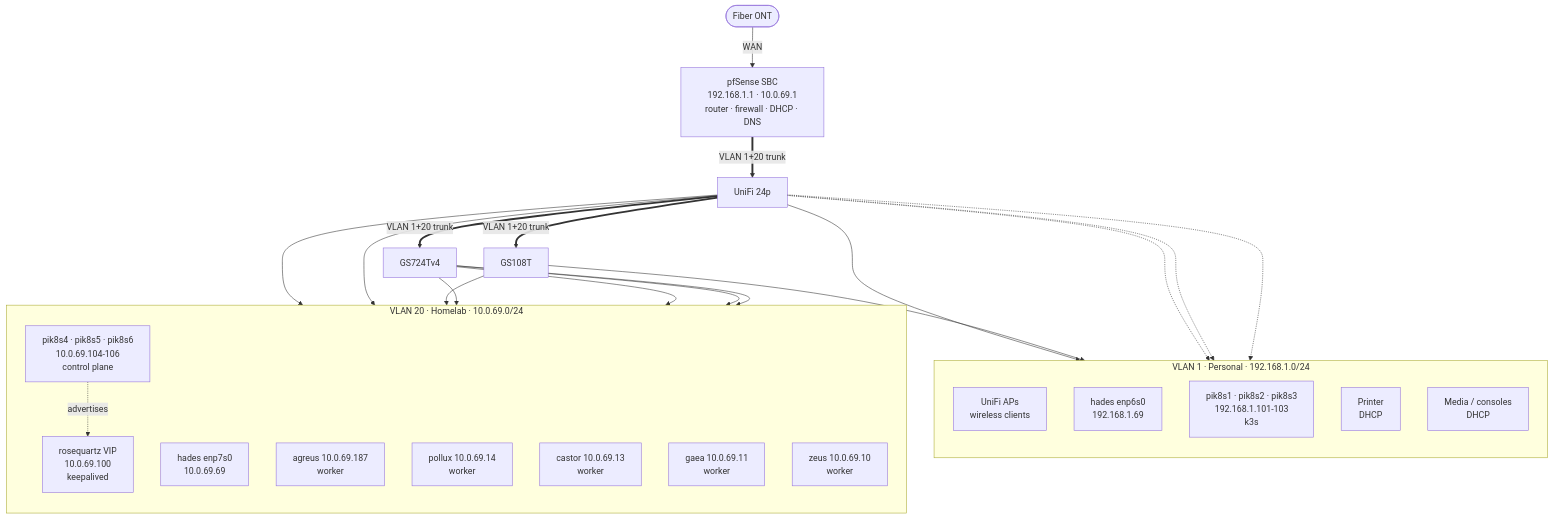
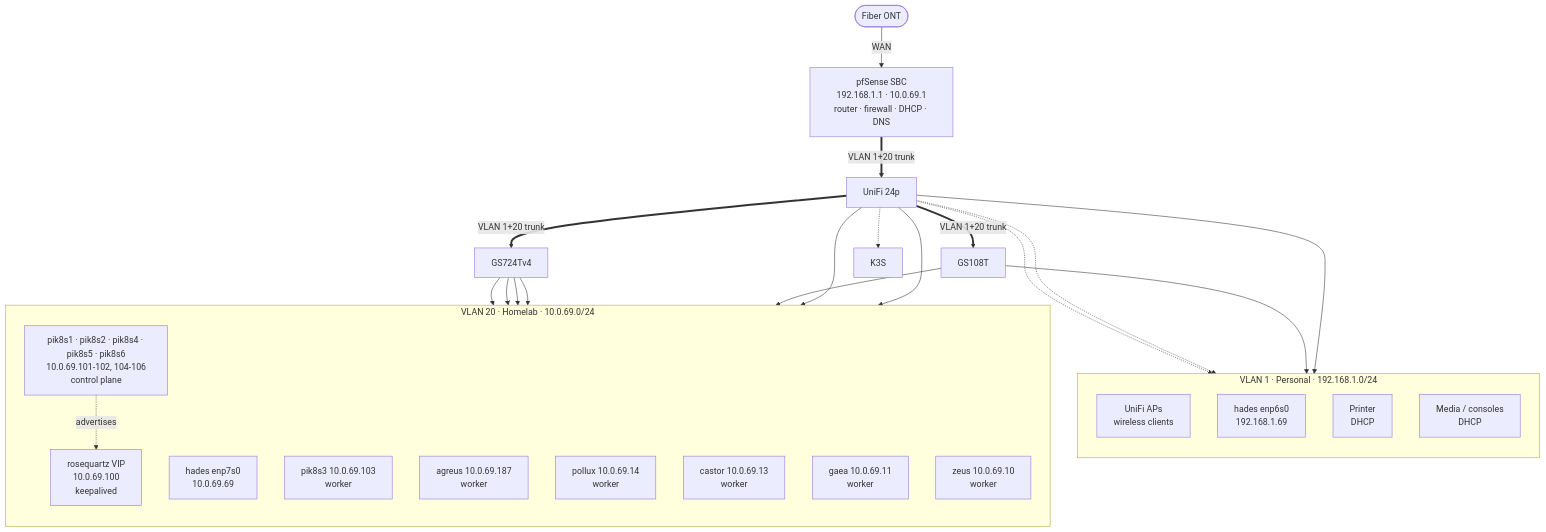
The diagram in NETWORK.md (UnstoppableMango/nixos), drawn with Mermaid before and after one commit. The commit also changed other lines of this file and 6 other files, not shown here.

````diff
--- a/NETWORK.md
+++ b/NETWORK.md
@@ -17,51 +17,51 @@
 ```mermaid
 flowchart TB
   ONT(["Fiber ONT"])
   FW["pfSense SBC<br/>192.168.1.1 · 10.0.69.1<br/>router · firewall · DHCP · DNS"]
 
   ONT -->|WAN| FW
 
   U24["UniFi 24p"]
   GS108["GS108T"]
   GS724["GS724Tv4"]
 
   FW ==>|"VLAN 1+20 trunk"| U24
   U24 ==>|"VLAN 1+20 trunk"| GS108
   U24 ==>|"VLAN 1+20 trunk"| GS724
 
   subgraph V1["VLAN 1 · Personal · 192.168.1.0/24"]
     direction TB
     AP["UniFi APs<br/>wireless clients"]
     HADES1["hades enp6s0<br/>192.168.1.69"]
-    K3S["pik8s1 · pik8s2 · pik8s3<br/>192.168.1.101-103<br/>k3s"]
     PRN["Printer<br/>DHCP"]
     MED["Media / consoles<br/>DHCP"]
   end
 
   subgraph V20["VLAN 20 · Homelab · 10.0.69.0/24"]
     direction TB
     VIP["rosequartz VIP<br/>10.0.69.100<br/>keepalived"]
     HADES2["hades enp7s0<br/>10.0.69.69"]
-    CP["pik8s4 · pik8s5 · pik8s6<br/>10.0.69.104-106<br/>control plane"]
+    CP["pik8s1 · pik8s2 · pik8s4 · pik8s5 · pik8s6<br/>10.0.69.101-102, 104-106<br/>control plane"]
+    PIW["pik8s3 10.0.69.103<br/>worker"]
     AGREUS["agreus 10.0.69.187<br/>worker"]
     POLLUX["pollux 10.0.69.14<br/>worker"]
     CASTOR["castor 10.0.69.13<br/>worker"]
     GAEA["gaea 10.0.69.11<br/>worker"]
     ZEUS["zeus 10.0.69.10<br/>worker"]
   end
 
   U24 --> AP
   U24 --> CP
   U24 --> AGREUS
   GS108 --> HADES1
   GS108 --> HADES2
   GS724 --> ZEUS
   GS724 --> GAEA
   GS724 --> CASTOR
   U24 -.-> K3S
   U24 -.-> PRN
   U24 -.-> MED
   GS724 --> POLLUX
 
   CP -.->|advertises| VIP
 ```
````
